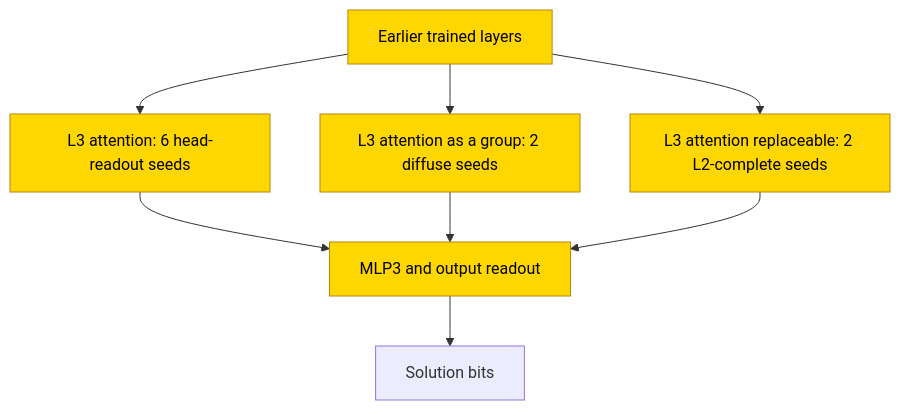
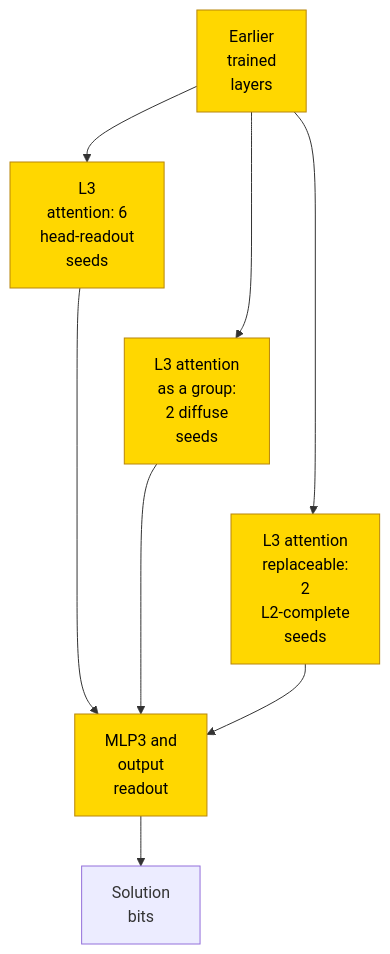
The second of 2 diagrams in entries/gf2-elimination.md (jc1122/mechanistic-interpretability-circuit-atlas), drawn with Mermaid before and after one commit. The commit also changed other lines of this file and 39 other files, not shown here.

````diff
--- a/entries/gf2-elimination.md
+++ b/entries/gf2-elimination.md
@@ -104,14 +106,17 @@
 ```mermaid
 flowchart TD
     accTitle: Final binary-elimination readout families
     accDescr: Earlier trained layers feed head-based, diffuse or already-complete last-layer attention roles before the final MLP and solution output. All computational nodes are trained. Status is partial only for constant-attention substitution in the already-complete family; complement is untested and no whole-network formula is established. This is a family-role schematic, not a minimum circuit.
-  A["Earlier trained layers"] --> B["L3 attention: 6 head-readout seeds"]
-  A --> C["L3 attention as a group: 2 diffuse seeds"]
-  A --> D["L3 attention replaceable: 2 L2-complete seeds"]
-  B --> E["MLP3 and output readout"]
+  A["Earlier<br/>trained<br/>layers"] --> B["L3<br/>attention: 6<br/>head-readout<br/>seeds"]
+  A --> C["L3 attention<br/>as a group:<br/>2 diffuse<br/>seeds"]
+  A --> D["L3 attention<br/>replaceable:<br/>2<br/>L2-complete<br/>seeds"]
+  B --> E["MLP3 and<br/>output<br/>readout"]
   C --> E
   D --> E
-  E --> F["Solution bits"]
+  E --> F["Solution<br/>bits"]
   classDef trained fill:gold,stroke:darkgoldenrod,color:black
   class A,B,C,D,E trained
+    %% Invisible links constrain vertical layout only, not computation.
+    B ~~~ C
+    C ~~~ D
 ```
````
